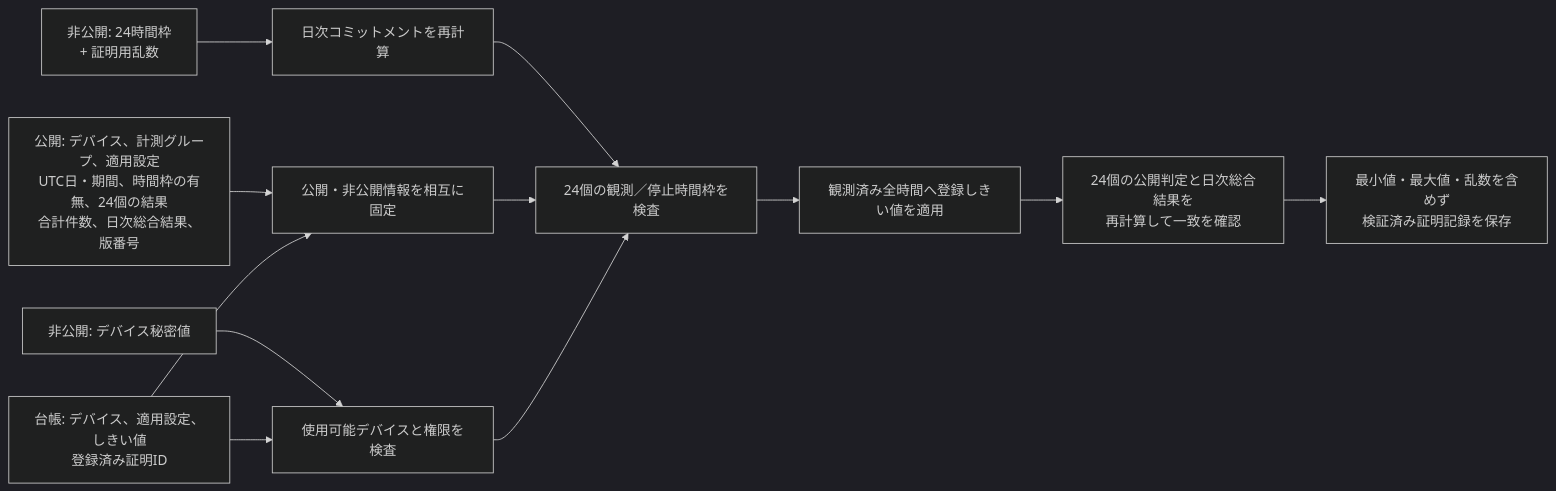
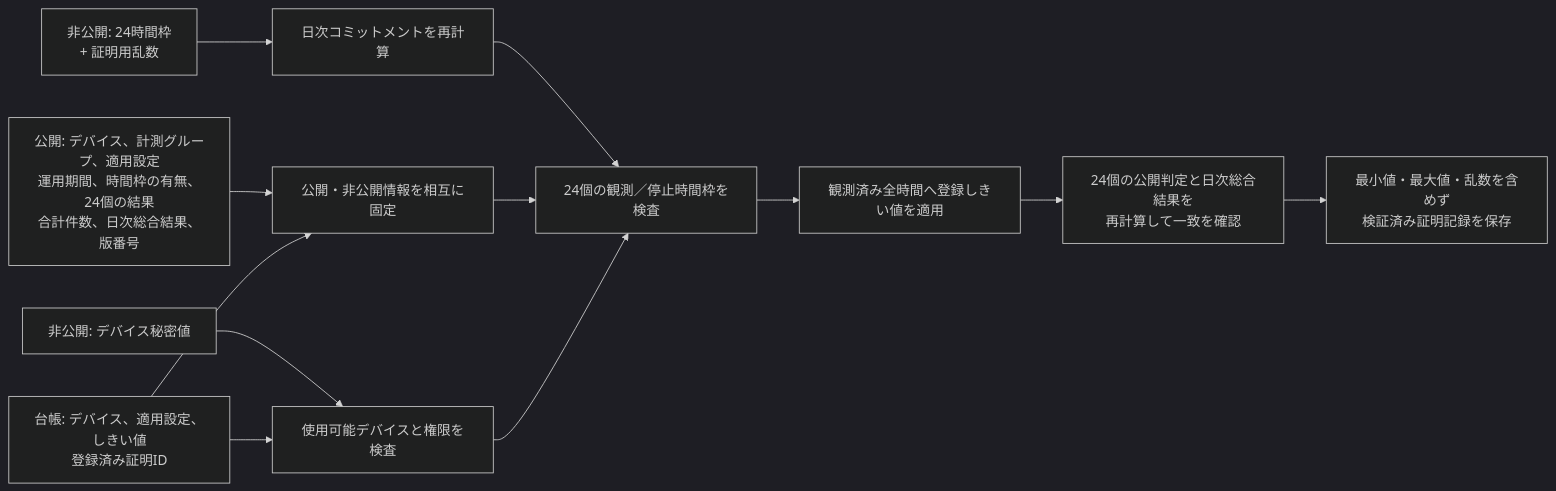
One commit to commun-platform/midnight_buildathons_bacchili changed the seventh of 8 diagrams in docs/ja/implementation/zk_circuit_spec.md. Above: the diagram before and after it, drawn with Mermaid (dark theme). The commit also changed other lines of this file and 47 other files, not shown here.

````diff
--- a/docs/ja/implementation/zk_circuit_spec.md
+++ b/docs/ja/implementation/zk_circuit_spec.md
@@ -213,14 +213,14 @@
 ```mermaid
 flowchart LR
     DSECRET["非公開: デバイス秘密値"] --> DAUTH["使用可能デバイスと権限を検査"]
     DAILY["非公開: 24時間枠<br/>+ 証明用乱数"] --> COMMIT["日次コミットメントを再計算"]
-    PUBLIC["公開: デバイス、計測グループ、適用設定<br/>UTC日・期間、時間枠の有無、24個の結果<br/>合計件数、日次総合結果、版番号"] --> BIND["公開・非公開情報を相互に固定"]
+    PUBLIC["公開: デバイス、計測グループ、適用設定<br/>運用期間、時間枠の有無、24個の結果<br/>合計件数、日次総合結果、版番号"] --> BIND["公開・非公開情報を相互に固定"]
     LEDGER["台帳: デバイス、適用設定、しきい値<br/>登録済み証明ID"] --> DAUTH
     LEDGER --> BIND
     COMMIT --> HOURS["24個の観測／停止時間枠を検査"]
     BIND --> HOURS
     DAUTH --> HOURS
     HOURS --> RANGE["観測済み全時間へ登録しきい値を適用"]
     RANGE --> RESULT["24個の公開判定と日次総合結果を<br/>再計算して一致を確認"]
     RESULT --> WRITE["最小値・最大値・乱数を含めず<br/>検証済み証明記録を保存"]
 ```
````
